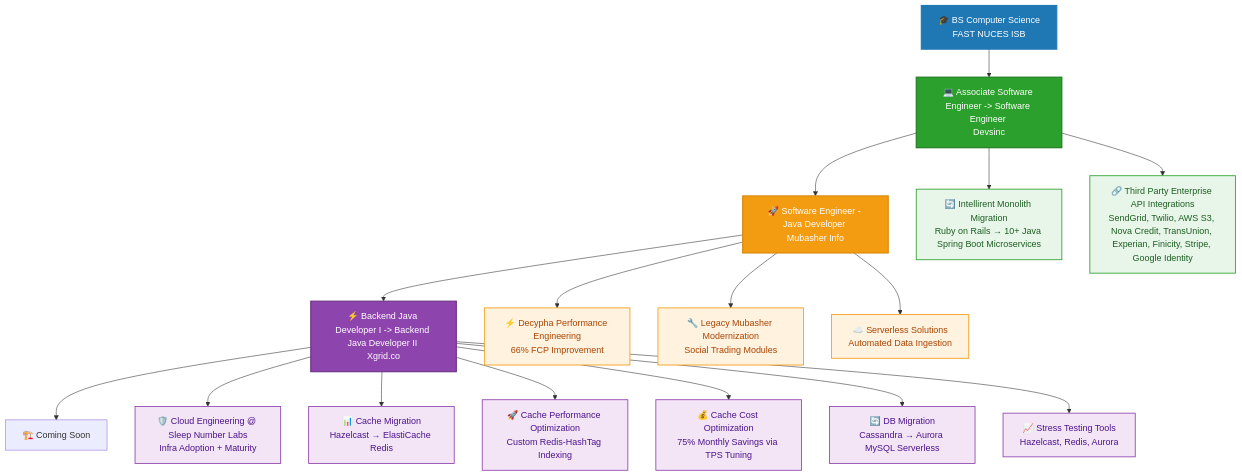
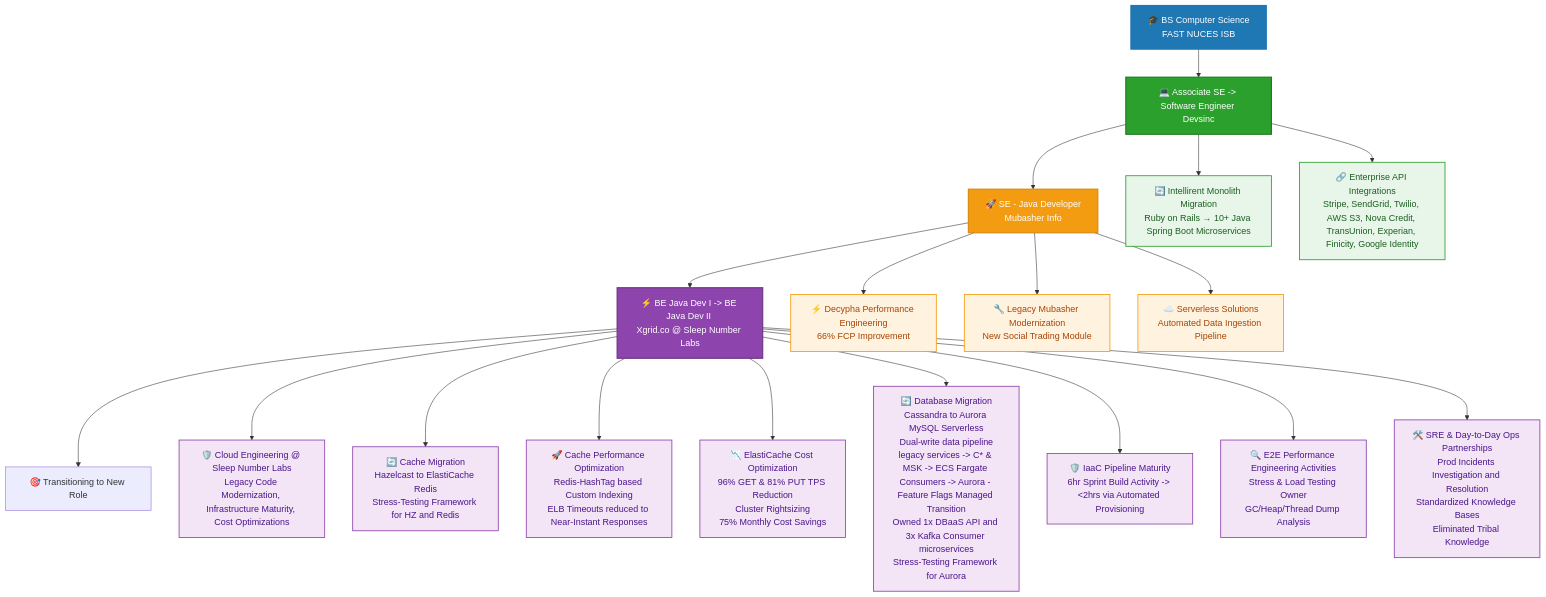
One commit to khawaja-abdullah/khawaja-abdullah changed the diagram in README.md. Above: the diagram before and after it, drawn with Mermaid.

Commit message:
enhanced Architecture & Engineering section

````diff
--- a/README.md
+++ b/README.md
@@ -152,44 +152,52 @@
 ```mermaid
 flowchart TD
-    A[🎓 BS Computer Science<br/>FAST NUCES ISB] --> B[💻 Associate Software Engineer -> Software Engineer <br/>Devsinc]
-    B --> C[🚀 Software Engineer - Java Developer <br/>Mubasher Info]
-    C --> D[⚡ Backend Java Developer I -> Backend Java Developer II <br/>Xgrid.co]
-    D --> E[🏗️ Coming Soon]
+    A[🎓 BS Computer Science<br/>FAST NUCES ISB] --> B[💻 Associate SE -> Software Engineer <br/>Devsinc]
+    B --> C[🚀 SE - Java Developer <br/>Mubasher Info]
+    C --> D[⚡ BE Java Dev I -> BE Java Dev II <br/>Xgrid.co @ Sleep Number Labs]
+    D --> E[🎯 Transitioning to New Role]
     
+    %% DEVSINC / INTELLIRENT
     B --> B1[🔄 Intellirent Monolith Migration<br/>Ruby on Rails → 10+ Java Spring Boot Microservices]
-    B --> B2[🔗 Third Party Enterprise API Integrations<br/>SendGrid, Twilio, AWS S3, Nova Credit, TransUnion, Experian, Finicity, Stripe, Google Identity]
+    B --> B2[🔗 Enterprise API Integrations<br/>Stripe, SendGrid, Twilio, AWS S3, Nova Credit, TransUnion, Experian, Finicity, Google Identity]
     
+    %% MUBASHER
     C --> C1[⚡ Decypha Performance Engineering<br/>66% FCP Improvement]
-    C --> C2[🔧 Legacy Mubasher Modernization<br/>Social Trading Modules]
-    C --> C3[☁️ Serverless Solutions<br/>Automated Data Ingestion]
+    C --> C2[🔧 Legacy Mubasher Modernization<br/>New Social Trading Module]
+    C --> C3[☁️ Serverless Solutions<br/>Automated Data Ingestion Pipeline]
     
-    D --> D1[🛡️ Cloud Engineering @ Sleep Number Labs<br/>Infra Adoption + Maturity]
-    D --> D2[📊 Cache Migration<br/>Hazelcast → ElastiCache Redis]
-    D --> D3[🚀 Cache Performance Optimization<br/>Custom Redis-HashTag Indexing]
-    D --> D4[💰 Cache Cost Optimization<br/>75% Monthly Savings via TPS Tuning]
-    D --> D5[🔄 DB Migration<br/>Cassandra → Aurora MySQL Serverless]
-    D --> D6[📈 Stress Testing Tools<br/>Hazelcast, Redis, Aurora]
+    %% XGRID / SLEEP NUMBER
+    D --> D1[🛡️ Cloud Engineering @ Sleep Number Labs<br/>Legacy Code Modernization, Infrastructure Maturity, Cost Optimizations]
+    D --> D2[🔄 Cache Migration<br/>Hazelcast to ElastiCache Redis<br/>Stress-Testing Framework for HZ and Redis]
+    D --> D3[🚀 Cache Performance Optimization<br/>Redis-HashTag based Custom Indexing<br/>ELB Timeouts reduced to Near-Instant Responses]
+    D --> D4[📉 ElastiCache Cost Optimization<br/>96% GET & 81% PUT TPS Reduction<br/>Cluster Rightsizing<br/>75% Monthly Cost Savings]
+    D --> D5[🔄 Database Migration<br/>Cassandra to Aurora MySQL Serverless<br/>Dual-write data pipeline<br/>legacy services -> C* & MSK -> ECS Fargate Consumers -> Aurora - Feature Flags Managed Transition<br/>Owned 1x DBaaS API and 3x Kafka Consumer microservices<br/>Stress-Testing Framework for Aurora]
+    D --> D6[🛡️ IaaC Pipeline Maturity<br/>6hr Sprint Build Activity -> <2hrs via Automated Provisioning]
+    D --> D7[🔍 E2E Performance Engineering Activities<br/>Stress & Load Testing Owner<br/>GC/Heap/Thread Dump Analysis]
+    D --> D8[🛠️ SRE & Day-to-Day Ops Partnerships<br/>Prod Incidents Investigation and Resolution<br/>Standardized Knowledge Bases<br/>Eliminated Tribal Knowledge]
 
     %% Main Nodes
     style A fill:#1F77B4,stroke:#1F77B4,stroke-width:2px,color:#ffffff
     style B fill:#2CA02C,stroke:#1E7A1E,stroke-width:2px,color:#ffffff
     style C fill:#F39C12,stroke:#D68910,stroke-width:2px,color:#ffffff
     style D fill:#8E44AD,stroke:#6C3483,stroke-width:2px,color:#ffffff
 
     %% Devsinc Nodes
     style B1 fill:#E8F5E9,stroke:#2CA02C,stroke-width:1.5px,color:#1B5E20
     style B2 fill:#E8F5E9,stroke:#2CA02C,stroke-width:1.5px,color:#1B5E20
 
     %% Mubasher Nodes
     style C1 fill:#FFF3E0,stroke:#F39C12,stroke-width:1.5px,color:#A84300
     style C2 fill:#FFF3E0,stroke:#F39C12,stroke-width:1.5px,color:#A84300
     style C3 fill:#FFF3E0,stroke:#F39C12,stroke-width:1.5px,color:#A84300
 
     %% Xgrid Nodes
     style D1 fill:#F3E5F5,stroke:#8E44AD,stroke-width:1.5px,color:#4A148C
     style D2 fill:#F3E5F5,stroke:#8E44AD,stroke-width:1.5px,color:#4A148C
     style D3 fill:#F3E5F5,stroke:#8E44AD,stroke-width:1.5px,color:#4A148C
     style D4 fill:#F3E5F5,stroke:#8E44AD,stroke-width:1.5px,color:#4A148C
     style D5 fill:#F3E5F5,stroke:#8E44AD,stroke-width:1.5px,color:#4A148C
     style D6 fill:#F3E5F5,stroke:#8E44AD,stroke-width:1.5px,color:#4A148C
+    style D7 fill:#F3E5F5,stroke:#8E44AD,stroke-width:1.5px,color:#4A148C
+    style D8 fill:#F3E5F5,stroke:#8E44AD,stroke-width:1.5px,color:#4A148C
+
 ```
````
